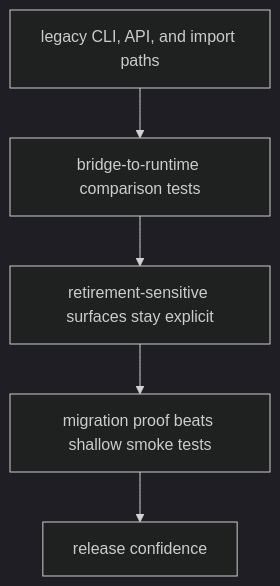
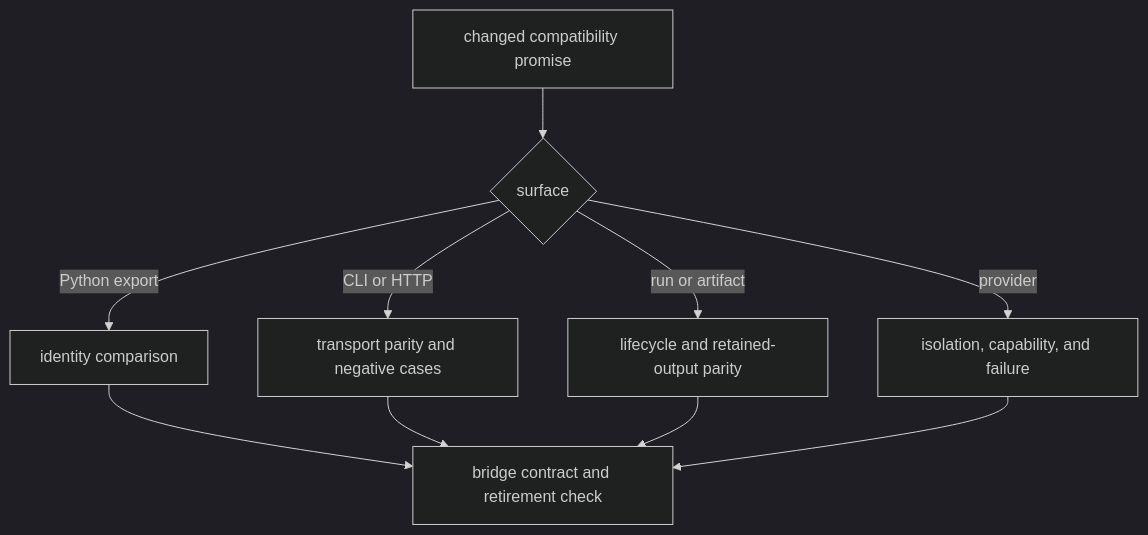
The diagram in docs/02-agentic-proteins/quality/test-strategy.md (bijux/bijux-proteomics), drawn with Mermaid (dark theme) before and after one commit. The commit also changed other lines of this file and 2 other files, not shown here.

Commit message:
docs(compatibility): map parity validation evidence

````diff
--- a/docs/02-agentic-proteins/quality/test-strategy.md
+++ b/docs/02-agentic-proteins/quality/test-strategy.md
@@ -18,13 +30,12 @@
 ```mermaid
-flowchart TB
-    legacy["legacy CLI, API, and import paths"]
-    comparison["bridge-to-runtime comparison tests"]
-    retirement["retirement-sensitive surfaces stay explicit"]
-    proof["migration proof beats shallow smoke tests"]
-    release["release confidence"]
-
-    legacy --> comparison
-    comparison --> retirement
-    retirement --> proof
-    proof --> release
+flowchart TD
+    C["changed compatibility promise"] --> T{"surface"}
+    T -->|Python export| I["identity comparison"]
+    T -->|CLI or HTTP| X["transport parity and negative cases"]
+    T -->|run or artifact| R["lifecycle and retained-output parity"]
+    T -->|provider| P["isolation, capability, and failure"]
+    I --> B["bridge contract and retirement check"]
+    X --> B
+    R --> B
+    P --> B
 ```
````
